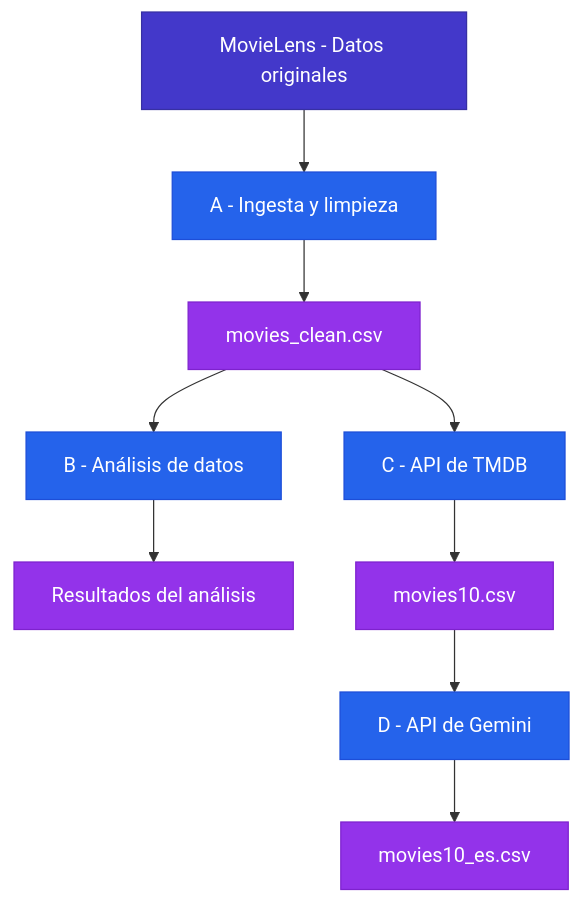
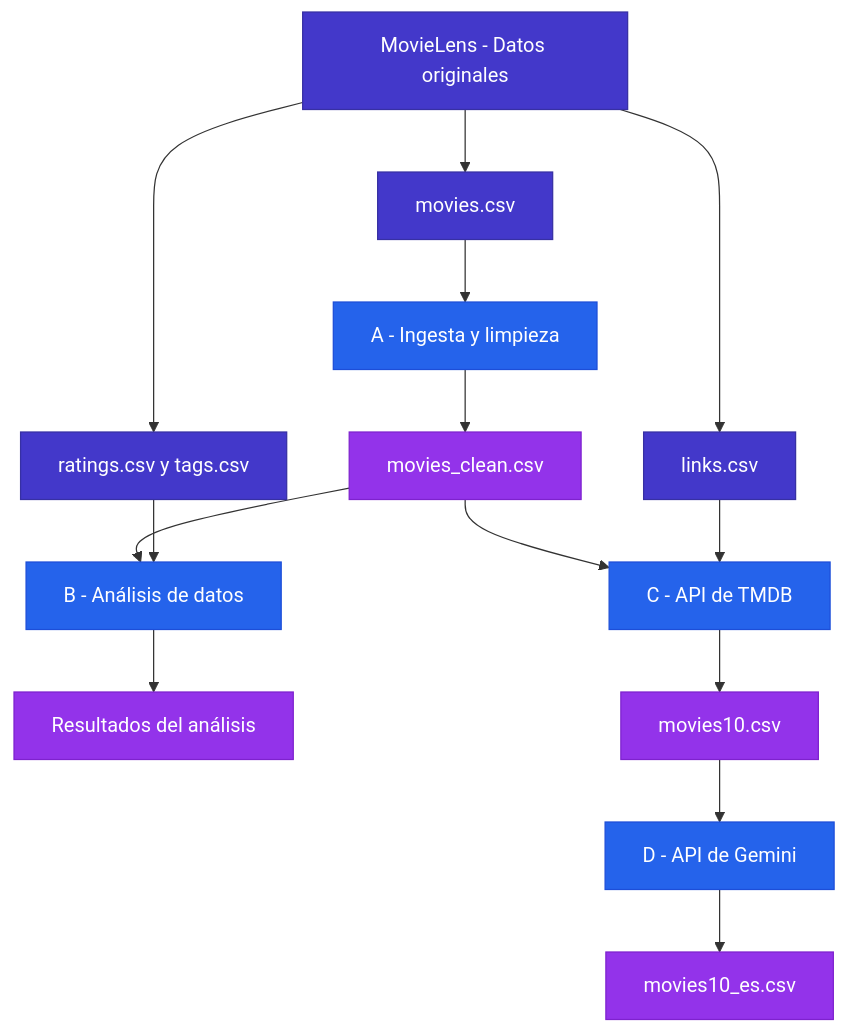
Before and after one commit to gonzalezsimancasalicia-cell/T10_Challenge: the diagram in README.md, drawn with Mermaid.

Commit message:
Diagrama de flujo mas preciso
Updated the workflow diagram to include new data sources and processing steps.

````diff
--- a/README.md
+++ b/README.md
@@ -57,19 +57,30 @@
 ```mermaid
 graph TD
-    A["MovieLens - Datos originales"] --> B["A - Ingesta y limpieza"]
-    B --> C["movies_clean.csv"]
-    C --> D["B - Análisis de datos"]
-    C --> E["C - API de TMDB"]
-    D --> F["Resultados del análisis"]
-    E --> G["movies10.csv"]
-    G --> H["D - API de Gemini"]
-    H --> I["movies10_es.csv"]
+    ML["MovieLens - Datos originales"]
+
+    ML --> M["movies.csv"]
+    ML --> RT["ratings.csv y tags.csv"]
+    ML --> L["links.csv"]
+
+    M --> A["A - Ingesta y limpieza"]
+    A --> MC["movies_clean.csv"]
+
+    MC --> B["B - Análisis de datos"]
+    RT --> B
+    B --> R["Resultados del análisis"]
+
+    MC --> C["C - API de TMDB"]
+    L --> C
+    C --> M10["movies10.csv"]
+
+    M10 --> D["D - API de Gemini"]
+    D --> ES["movies10_es.csv"]
 
     classDef origen fill:#4338ca,stroke:#3730a3,color:#ffffff
     classDef proceso fill:#2563eb,stroke:#1d4ed8,color:#ffffff
     classDef resultado fill:#9333ea,stroke:#7e22ce,color:#ffffff
 
-    class A origen
-    class B,D,E,H proceso
-    class C,F,G,I resultado
+    class ML,M,RT,L origen
+    class A,B,C,D proceso
+    class MC,R,M10,ES resultado
 ```
````
